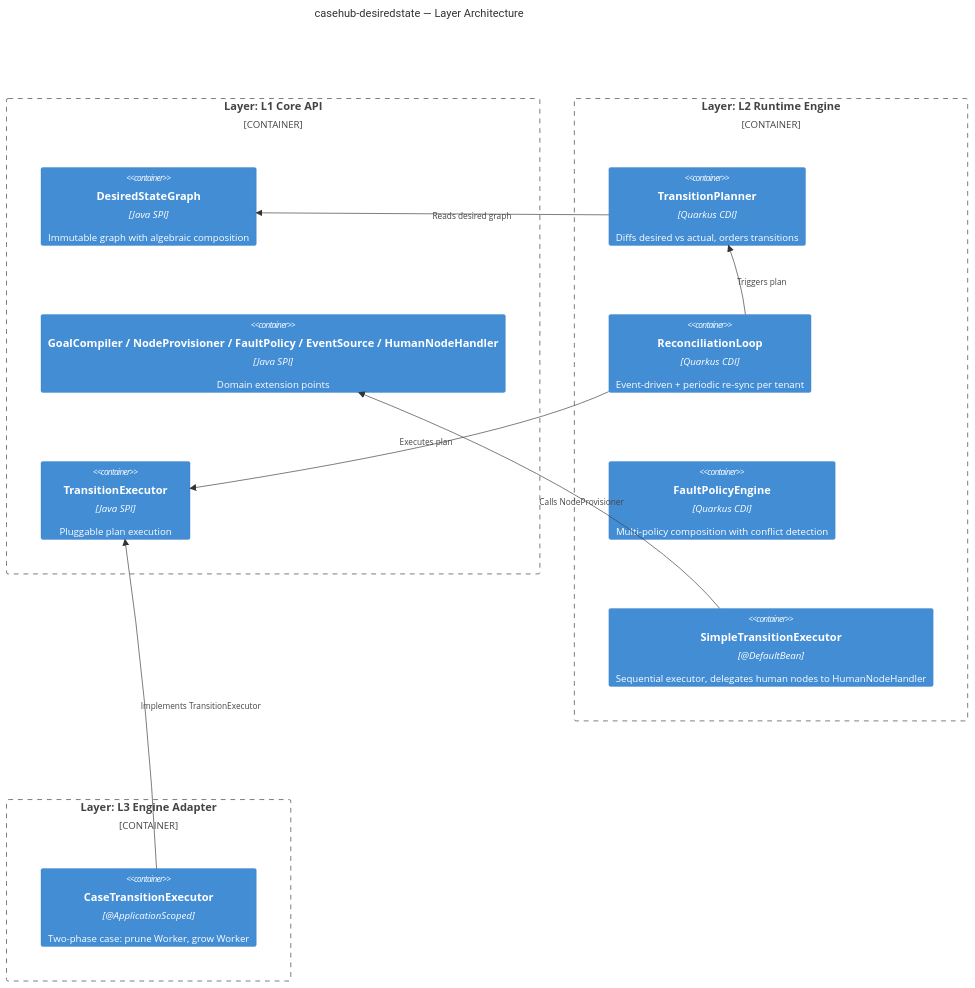
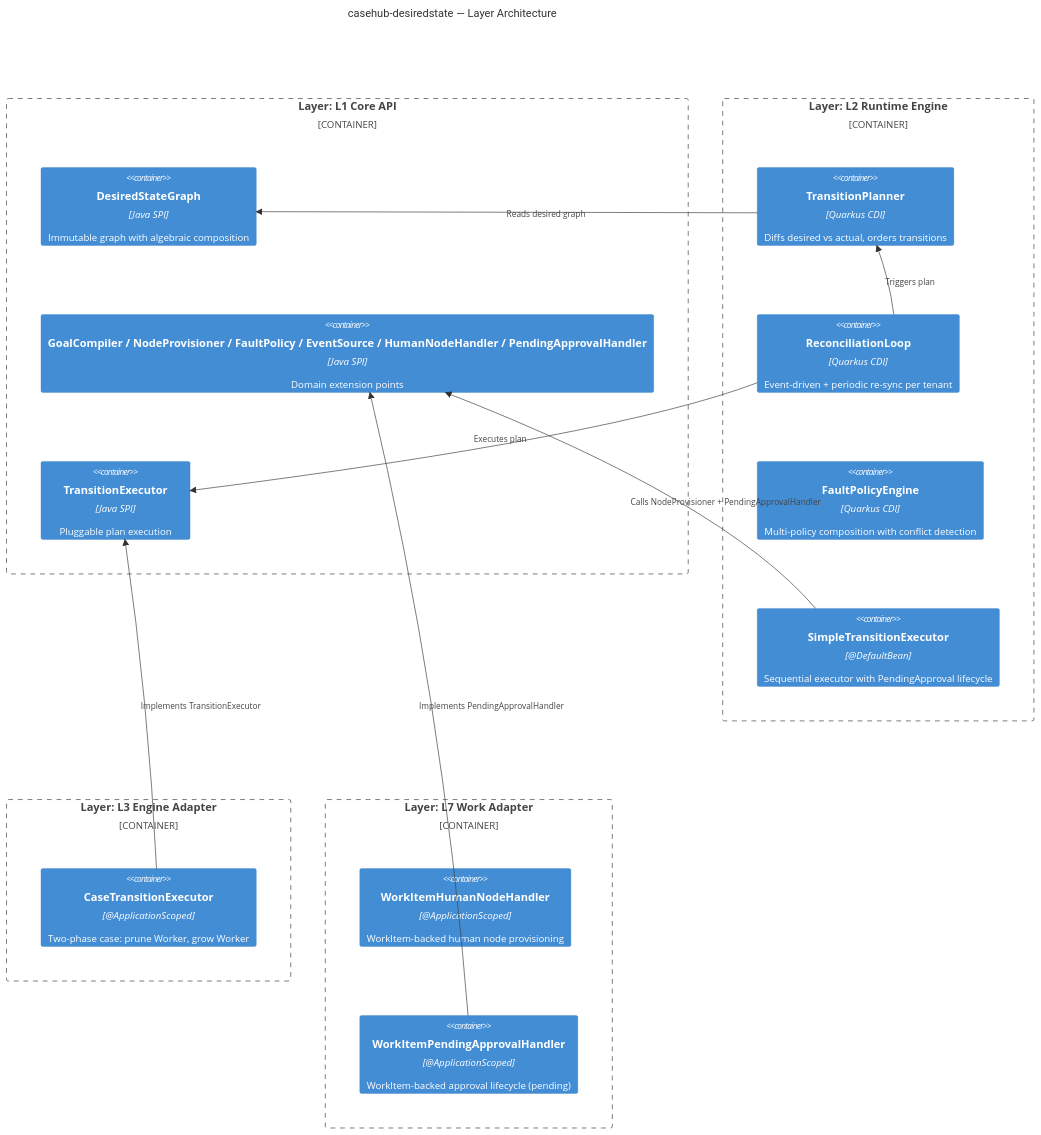
The second of 4 diagrams in ARC42STORIES.MD (mdproctor/casehub-desiredstate), drawn with Mermaid before and after one commit. The commit also changed other lines of this file, not shown here.

First line of the commit message:
docs(#48): ARC42STORIES.MD — place PendingApproval capability

````diff
--- a/ARC42STORIES.MD
+++ b/ARC42STORIES.MD
@@ -132,27 +134,33 @@
 ```mermaid
 C4Container
   title casehub-desiredstate — Layer Architecture
 
   Container_Boundary(b1, "Layer: L1 Core API") {
     Container(api_graph, "DesiredStateGraph", "Java SPI", "Immutable graph with algebraic composition")
-    Container(api_spis, "GoalCompiler / NodeProvisioner / FaultPolicy / EventSource / HumanNodeHandler", "Java SPI", "Domain extension points")
+    Container(api_spis, "GoalCompiler / NodeProvisioner / FaultPolicy / EventSource / HumanNodeHandler / PendingApprovalHandler", "Java SPI", "Domain extension points")
     Container(api_exec, "TransitionExecutor", "Java SPI", "Pluggable plan execution")
   }
 
   Container_Boundary(b2, "Layer: L2 Runtime Engine") {
     Container(planner, "TransitionPlanner", "Quarkus CDI", "Diffs desired vs actual, orders transitions")
     Container(loop, "ReconciliationLoop", "Quarkus CDI", "Event-driven + periodic re-sync per tenant")
     Container(fault, "FaultPolicyEngine", "Quarkus CDI", "Multi-policy composition with conflict detection")
-    Container(simple, "SimpleTransitionExecutor", "@DefaultBean", "Sequential executor, delegates human nodes to HumanNodeHandler")
+    Container(simple, "SimpleTransitionExecutor", "@DefaultBean", "Sequential executor with PendingApproval lifecycle")
   }
 
   Container_Boundary(b3, "Layer: L3 Engine Adapter") {
     Container(case_exec, "CaseTransitionExecutor", "@ApplicationScoped", "Two-phase case: prune Worker, grow Worker")
   }
 
+  Container_Boundary(b7, "Layer: L7 Work Adapter") {
+    Container(work_human, "WorkItemHumanNodeHandler", "@ApplicationScoped", "WorkItem-backed human node provisioning")
+    Container(work_approval, "WorkItemPendingApprovalHandler", "@ApplicationScoped", "WorkItem-backed approval lifecycle (pending)")
+  }
+
   Rel(planner, api_graph, "Reads desired graph")
   Rel(loop, planner, "Triggers plan")
   Rel(loop, api_exec, "Executes plan")
-  Rel(simple, api_spis, "Calls NodeProvisioner")
+  Rel(simple, api_spis, "Calls NodeProvisioner + PendingApprovalHandler")
   Rel(case_exec, api_exec, "Implements TransitionExecutor")
+  Rel(work_approval, api_spis, "Implements PendingApprovalHandler")
 ```
````
